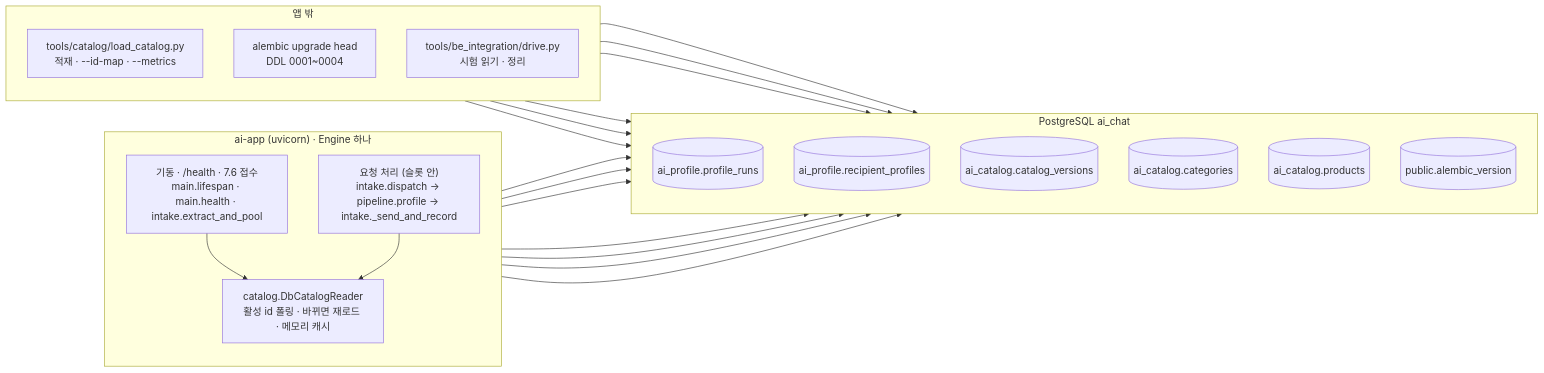
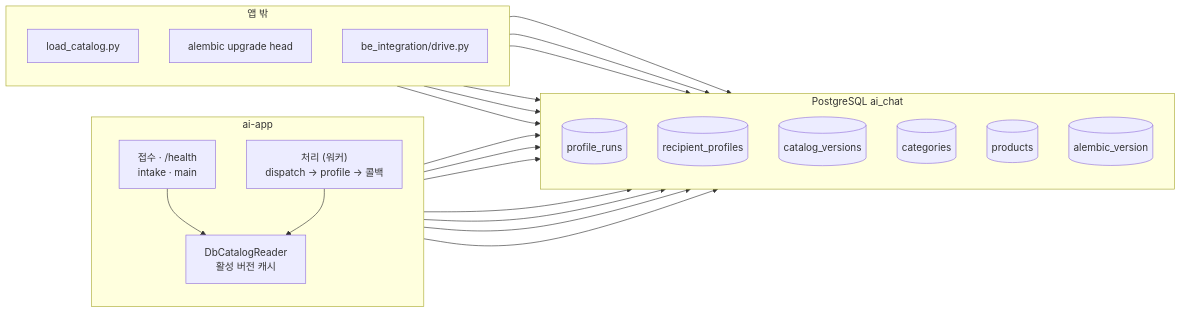
One commit to 100-hours-a-week/KTB4-12th-AI changed the third of 3 diagrams in profiling/docs/DB_ERD.md. Above: the diagram before and after it, drawn with Mermaid. The commit also changed other lines of this file and 70 other files, not shown here.

````diff
--- a/profiling/docs/DB_ERD.md
+++ b/profiling/docs/DB_ERD.md
@@ -402,39 +392,39 @@
 ```mermaid
 flowchart LR
-  subgraph app["ai-app (uvicorn) · Engine 하나"]
+  subgraph app["ai-app"]
     direction TB
-    A1["기동 · /health · 7.6 접수<br/>main.lifespan · main.health · intake.extract_and_pool"]
-    A2["요청 처리 (슬롯 안)<br/>intake.dispatch → pipeline.profile → intake._send_and_record"]
-    C["catalog.DbCatalogReader<br/>활성 id 폴링 · 바뀌면 재로드 · 메모리 캐시"]
+    A1["접수 · /health<br/>intake · main"]
+    A2["처리 (워커)<br/>dispatch → profile → 콜백"]
+    C["DbCatalogReader<br/>활성 버전 캐시"]
   end
   subgraph tools["앱 밖"]
     direction TB
-    T1["tools/catalog/load_catalog.py<br/>적재 · --id-map · --metrics"]
-    T3["alembic upgrade head<br/>DDL 0001~0004"]
-    T2["tools/be_integration/drive.py<br/>시험 읽기 · 정리"]
+    T1["load_catalog.py"]
+    T3["alembic upgrade head"]
+    T2["be_integration/drive.py"]
   end
   subgraph db["PostgreSQL ai_chat"]
     direction TB
-    R[("ai_profile.profile_runs")]
-    P[("ai_profile.recipient_profiles")]
-    V[("ai_catalog.catalog_versions")]
-    K[("ai_catalog.categories")]
-    D[("ai_catalog.products")]
-    M[("public.alembic_version")]
+    R[("profile_runs")]
+    P[("recipient_profiles")]
+    V[("catalog_versions")]
+    K[("categories")]
+    D[("products")]
+    M[("alembic_version")]
   end
   A1 --> C
   A1 --> R
   A1 --> M
   A2 --> C
   A2 --> R
   A2 --> P
   C --> V
   C --> K
   C --> D
   T1 --> V
   T1 --> K
   T1 --> D
   T2 --> R
   T2 --> P
   T3 --> M
 ```
````
